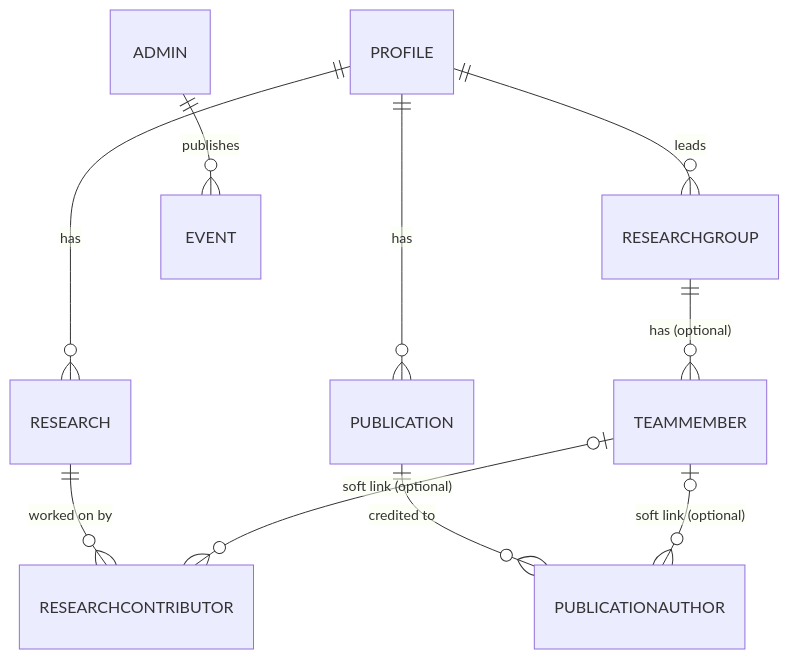
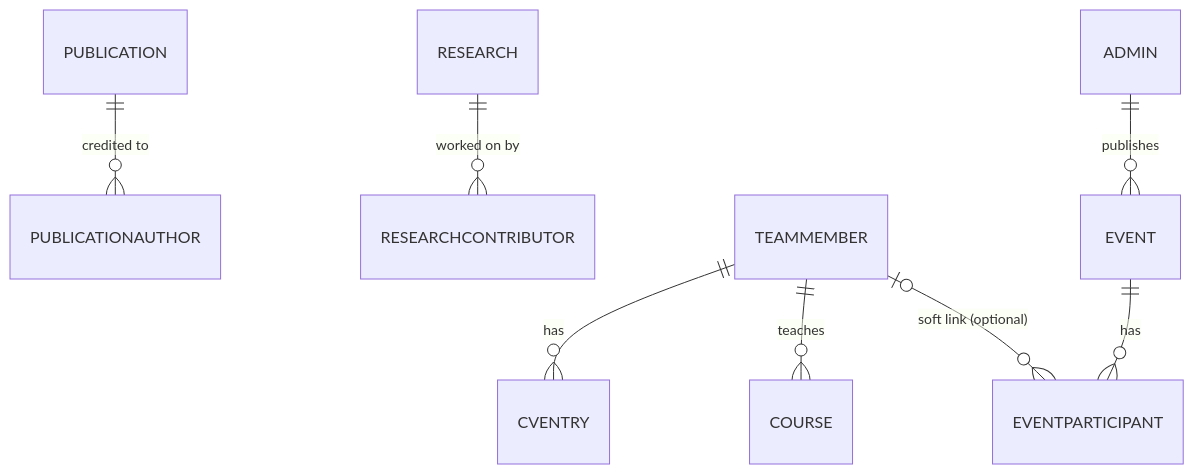
Before and after one commit to culpritteam/web: the diagram in docs/architecture/database.md, drawn with Mermaid. The commit also changed other lines of this file and 2 other files, not shown here.

````diff
--- a/docs/architecture/database.md
+++ b/docs/architecture/database.md
@@ -81,12 +81,10 @@
 ```mermaid
 erDiagram
-    PROFILE ||--o{ RESEARCH : "has"
-    PROFILE ||--o{ PUBLICATION : "has"
-    PROFILE ||--o{ RESEARCHGROUP : "leads"
-    RESEARCHGROUP ||--o{ TEAMMEMBER : "has (optional)"
     PUBLICATION ||--o{ PUBLICATIONAUTHOR : "credited to"
     RESEARCH ||--o{ RESEARCHCONTRIBUTOR : "worked on by"
-    TEAMMEMBER |o--o{ PUBLICATIONAUTHOR : "soft link (optional)"
-    TEAMMEMBER |o--o{ RESEARCHCONTRIBUTOR : "soft link (optional)"
+    TEAMMEMBER ||--o{ CVENTRY : "has"
+    TEAMMEMBER ||--o{ COURSE : "teaches"
+    TEAMMEMBER |o--o{ EVENTPARTICIPANT : "soft link (optional)"
+    EVENT ||--o{ EVENTPARTICIPANT : "has"
     ADMIN ||--o{ EVENT : "publishes"
 ```
````
